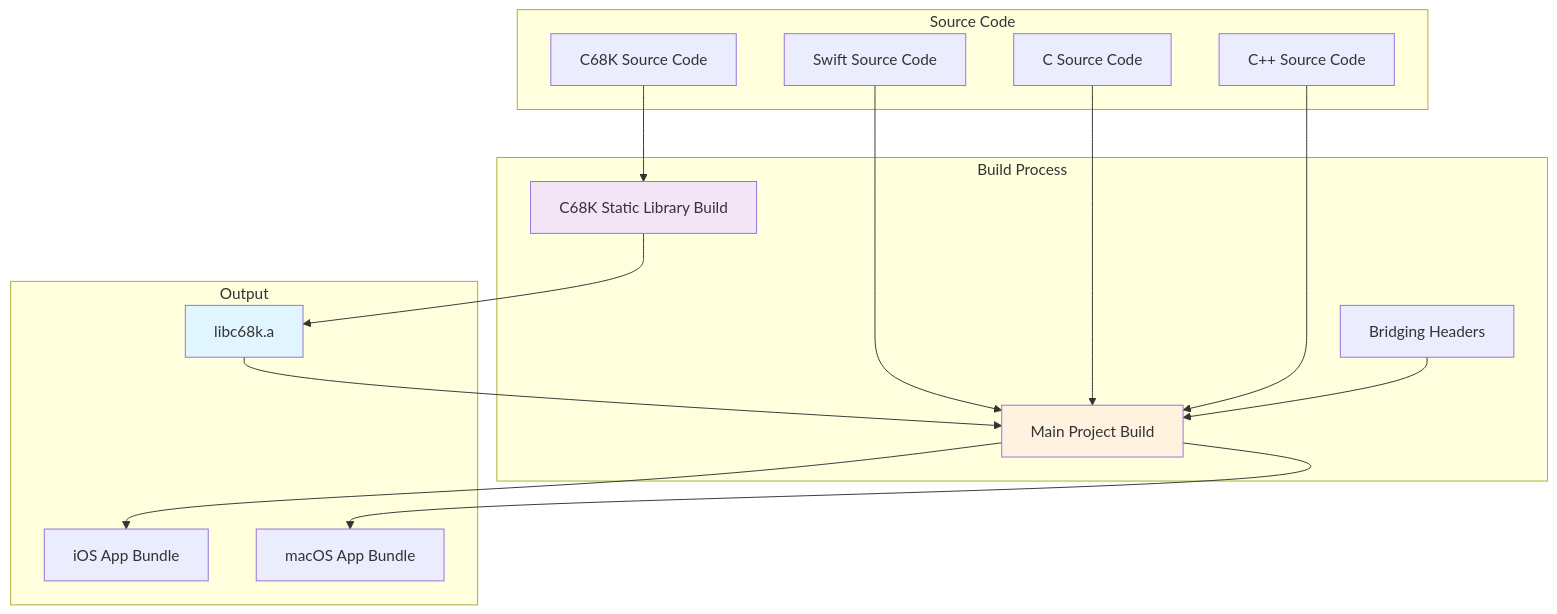
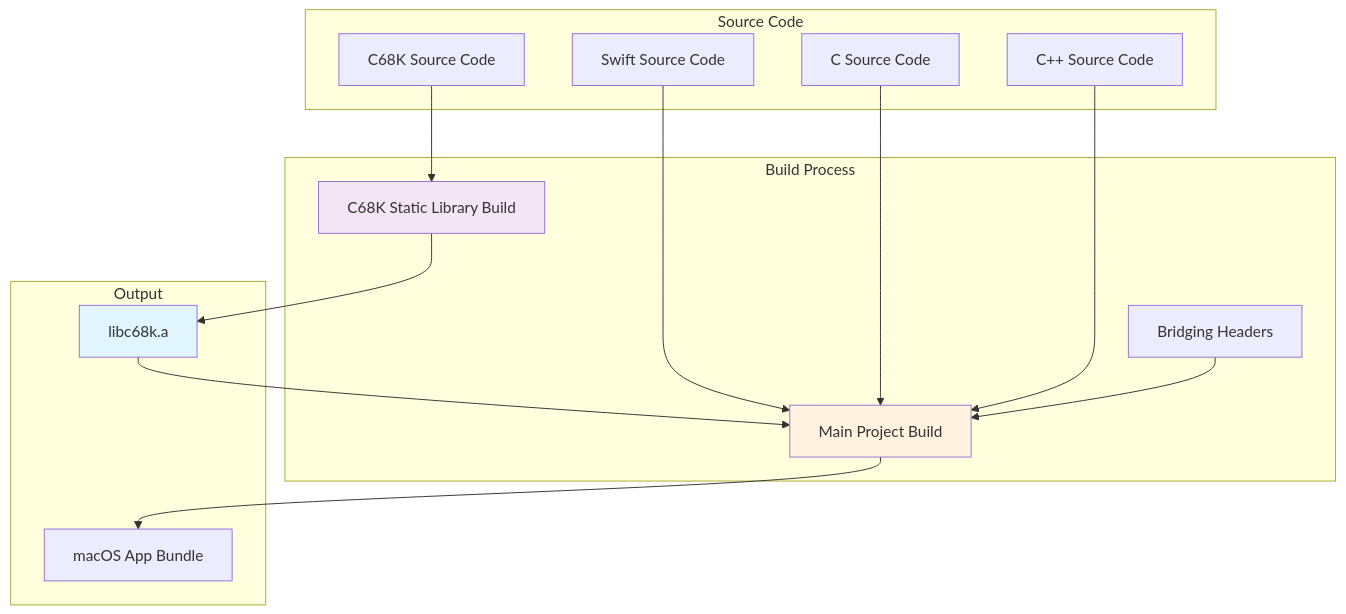
One commit to YosAwed/MPX68K changed the seventh of 8 diagrams in ARCHITECTURE.md. Above: the diagram before and after it, drawn with Mermaid. The commit also changed other lines of this file and 5 other files, not shown here.

````diff
--- a/ARCHITECTURE.md
+++ b/ARCHITECTURE.md
@@ -254,37 +251,35 @@
 ```mermaid
 graph TD
     subgraph "Source Code"
         SwiftCode[Swift Source Code]
         CCode[C Source Code]
         CPPCode[C++ Source Code]
         C68KSource[C68K Source Code]
     end
     
     subgraph "Build Process"
         C68KBuild[C68K Static Library Build]
         MainBuild[Main Project Build]
         BridgingHeaders[Bridging Headers]
     end
     
     subgraph "Output"
         C68KLib[libc68k.a]
-        iOSApp[iOS App Bundle]
         macOSApp[macOS App Bundle]
     end
     
     C68KSource --> C68KBuild
     C68KBuild --> C68KLib
     
     SwiftCode --> MainBuild
     CCode --> MainBuild
     CPPCode --> MainBuild
     C68KLib --> MainBuild
     BridgingHeaders --> MainBuild
     
-    MainBuild --> iOSApp
     MainBuild --> macOSApp
     
     style C68KBuild fill:#f3e5f5
     style MainBuild fill:#fff3e0
     style C68KLib fill:#e1f5fe
 ```
````
